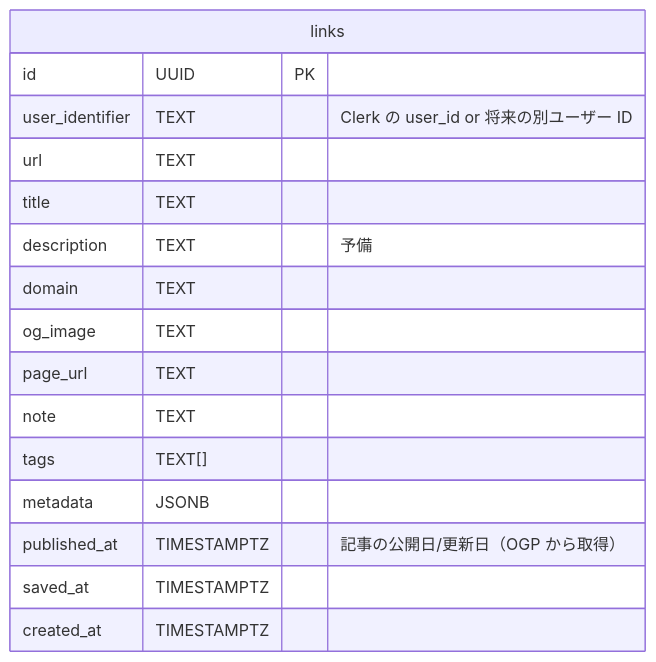
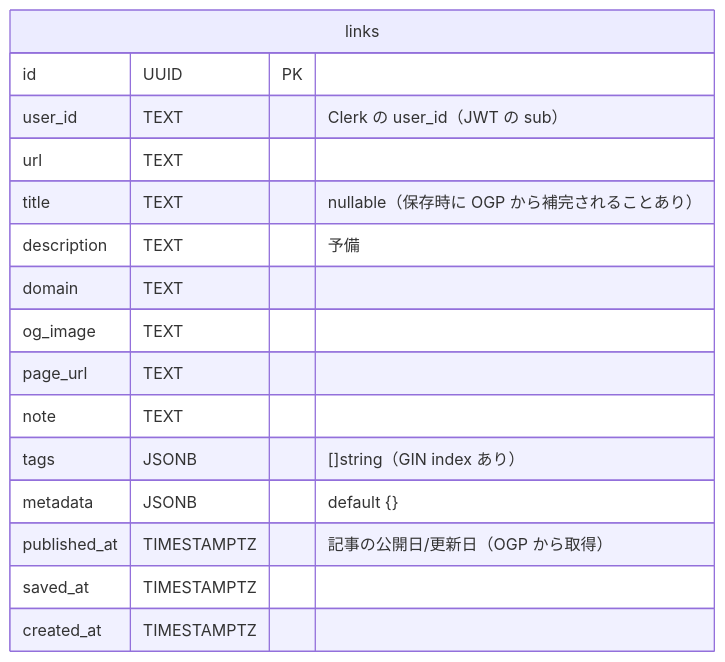
Before and after one commit to lvncer/quicklinks: the first of 7 diagrams in documents/architecture.md, drawn with Mermaid. The commit also changed other lines of this file and 1 other file, not shown here.

First line of the commit message:
docs: update README and architecture documentation to reflect changes in authentication and database structure

````diff
--- a/documents/architecture.md
+++ b/documents/architecture.md
@@ -73,19 +75,19 @@
   ```mermaid
   erDiagram
     links {
       id UUID PK
-      user_identifier TEXT "Clerk の user_id or 将来の別ユーザー ID"
+      user_id TEXT "Clerk の user_id（JWT の sub）"
       url TEXT
-      title TEXT
+      title TEXT "nullable（保存時に OGP から補完されることあり）"
       description TEXT "予備"
       domain TEXT
       og_image TEXT
       page_url TEXT
       note TEXT
-      tags TEXT[]
-      metadata JSONB
+      tags JSONB "[]string（GIN index あり）"
+      metadata JSONB "default {}"
       published_at TIMESTAMPTZ "記事の公開日/更新日（OGP から取得）"
       saved_at TIMESTAMPTZ
       created_at TIMESTAMPTZ
     }
   ```
````
